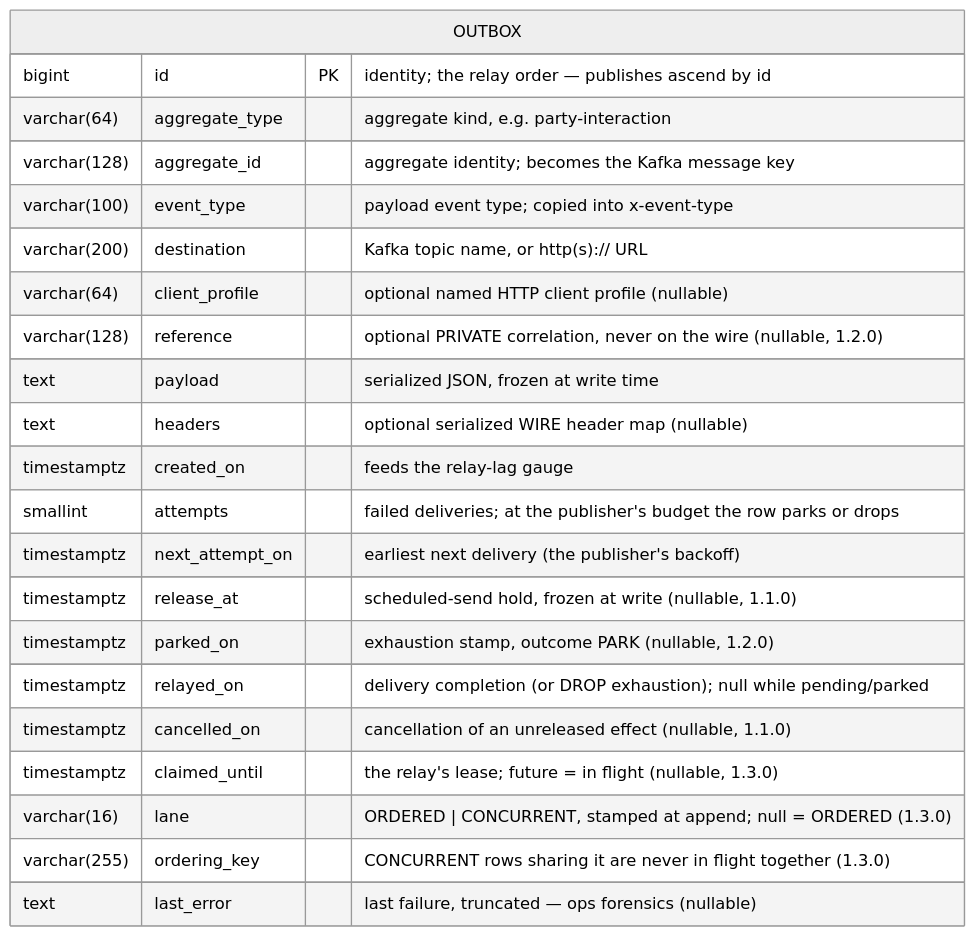
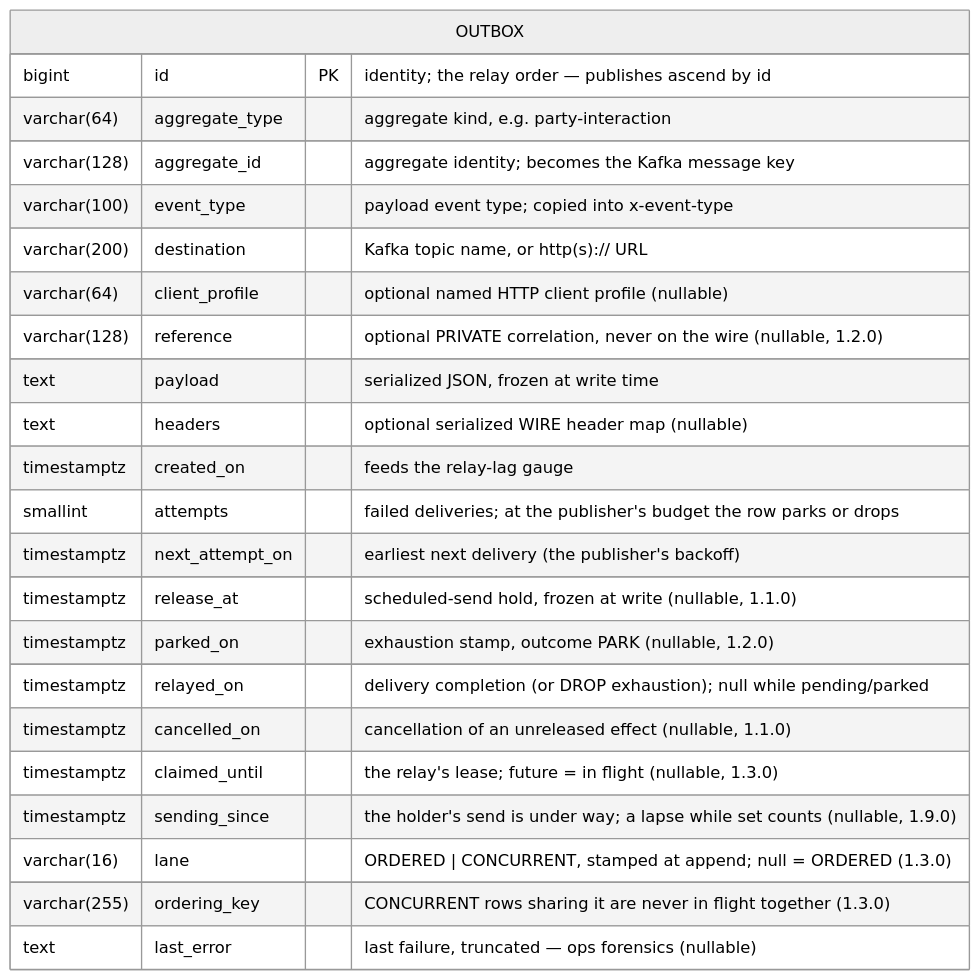
The first of 3 diagrams in README.md (opentmf/opentmf-outbox-service), drawn with Mermaid (neutral theme) before and after one commit. The commit also changed other lines of this file and 67 other files, not shown here.

````diff
--- a/README.md
+++ b/README.md
@@ -28,25 +28,26 @@
 ```mermaid
 erDiagram
     OUTBOX {
         bigint      id              PK "identity; the relay order — publishes ascend by id"
         varchar(64) aggregate_type     "aggregate kind, e.g. party-interaction"
         varchar(128) aggregate_id      "aggregate identity; becomes the Kafka message key"
         varchar(100) event_type        "payload event type; copied into x-event-type"
         varchar(200) destination       "Kafka topic name, or http(s):// URL"
         varchar(64) client_profile     "optional named HTTP client profile (nullable)"
         varchar(128) reference         "optional PRIVATE correlation, never on the wire (nullable, 1.2.0)"
         text        payload            "serialized JSON, frozen at write time"
         text        headers            "optional serialized WIRE header map (nullable)"
         timestamptz created_on         "feeds the relay-lag gauge"
         smallint    attempts           "failed deliveries; at the publisher's budget the row parks or drops"
         timestamptz next_attempt_on    "earliest next delivery (the publisher's backoff)"
         timestamptz release_at         "scheduled-send hold, frozen at write (nullable, 1.1.0)"
         timestamptz parked_on          "exhaustion stamp, outcome PARK (nullable, 1.2.0)"
         timestamptz relayed_on         "delivery completion (or DROP exhaustion); null while pending/parked"
         timestamptz cancelled_on       "cancellation of an unreleased effect (nullable, 1.1.0)"
         timestamptz claimed_until      "the relay's lease; future = in flight (nullable, 1.3.0)"
+        timestamptz sending_since      "the holder's send is under way; a lapse while set counts (nullable, 1.9.0)"
         varchar(16) lane               "ORDERED | CONCURRENT, stamped at append; null = ORDERED (1.3.0)"
         varchar(255) ordering_key      "CONCURRENT rows sharing it are never in flight together (1.3.0)"
         text        last_error         "last failure, truncated — ops forensics (nullable)"
     }
 ```
````
